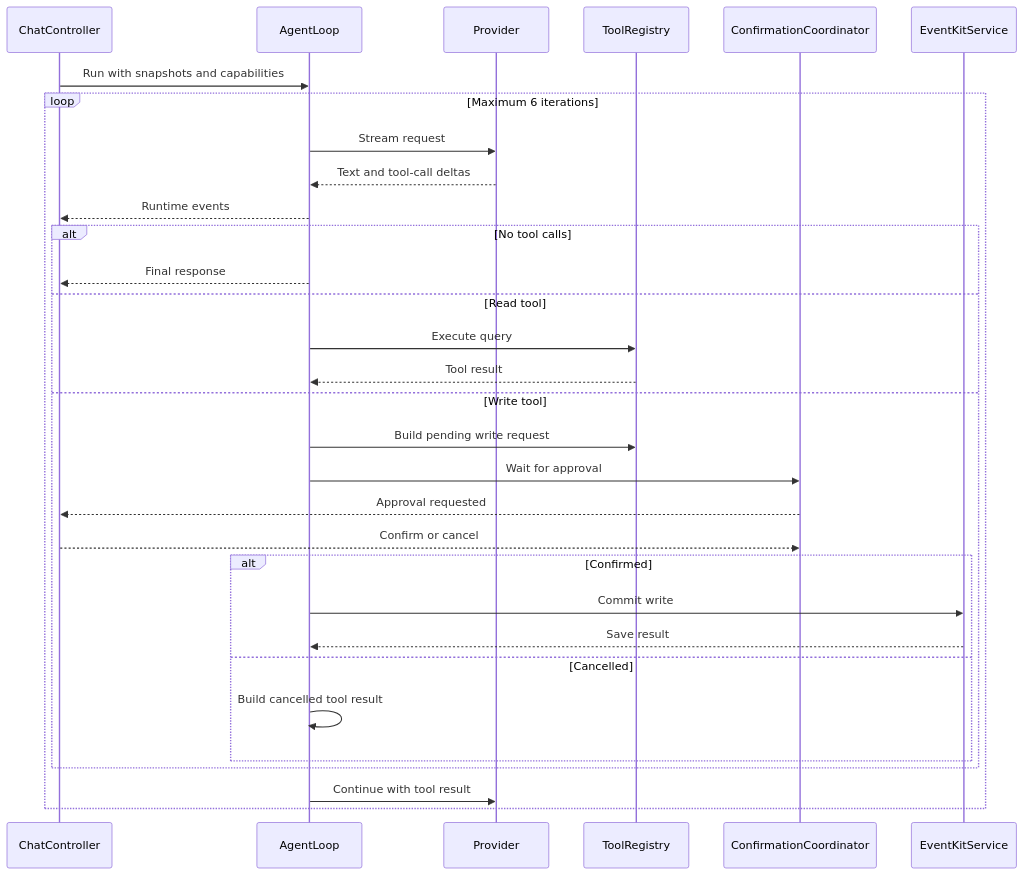
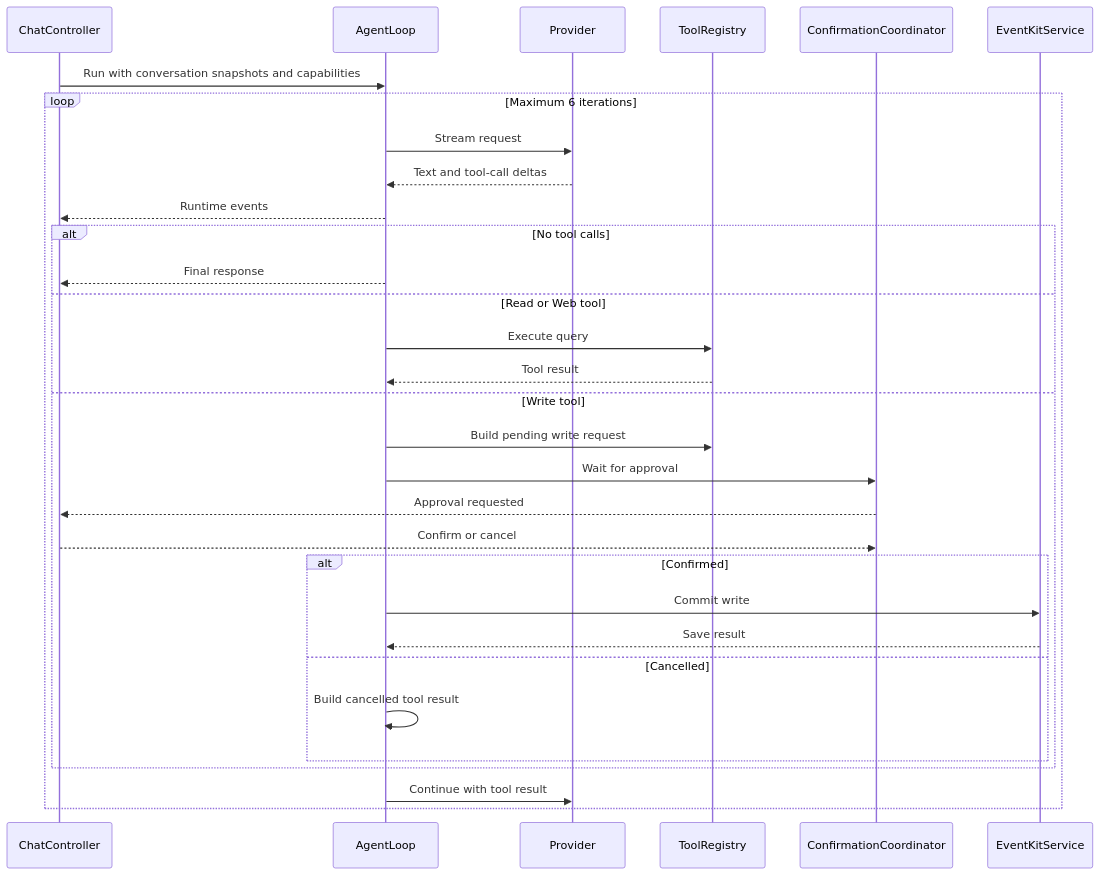
The second of 3 diagrams in Docs/04-agent-provider-and-content-pipeline.md (IsaacHuo/Familiar), drawn with Mermaid before and after one commit. The commit also changed other lines of this file and 49 other files, not shown here.

````diff
--- a/Docs/04-agent-provider-and-content-pipeline.md
+++ b/Docs/04-agent-provider-and-content-pipeline.md
@@ -219,34 +217,34 @@
 ```mermaid
 sequenceDiagram
     participant C as ChatController
     participant A as AgentLoop
     participant P as Provider
     participant R as ToolRegistry
     participant K as ConfirmationCoordinator
     participant E as EventKitService
 
-    C->>A: Run with snapshots and capabilities
+    C->>A: Run with conversation snapshots and capabilities
     loop Maximum 6 iterations
         A->>P: Stream request
         P-->>A: Text and tool-call deltas
         A-->>C: Runtime events
         alt No tool calls
             A-->>C: Final response
-        else Read tool
+        else Read or Web tool
             A->>R: Execute query
             R-->>A: Tool result
         else Write tool
             A->>R: Build pending write request
             A->>K: Wait for approval
             K-->>C: Approval requested
             C-->>K: Confirm or cancel
             alt Confirmed
                 A->>E: Commit write
                 E-->>A: Save result
             else Cancelled
                 A->>A: Build cancelled tool result
             end
         end
         A->>P: Continue with tool result
     end
 ```
````
